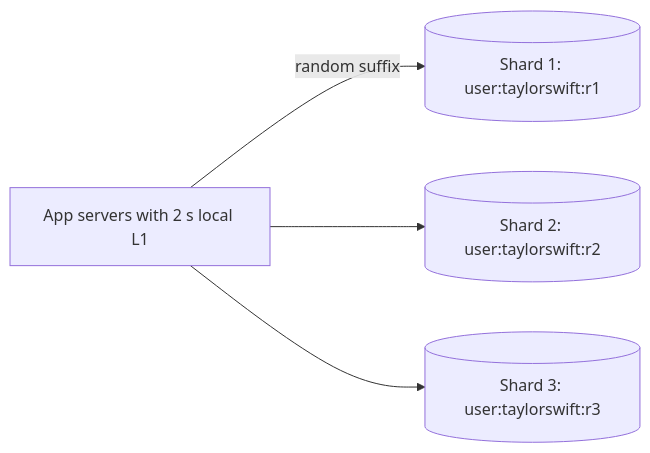
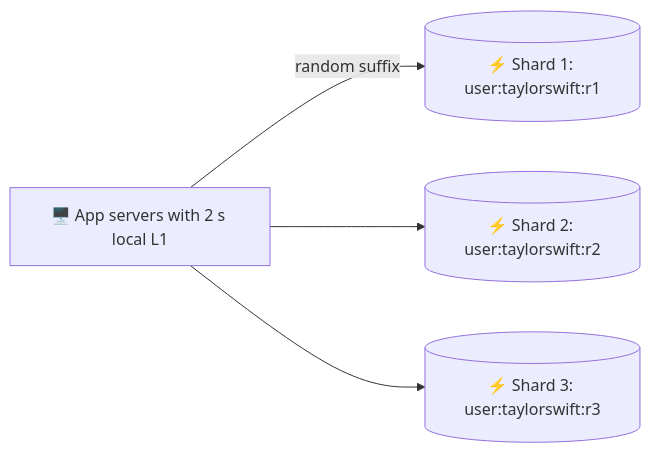
One commit to visheshkodwani/HLD changed diagram 12 of 13 in hello-interview/core-concepts/caching.md. Above: the diagram before and after it, drawn with Mermaid. The commit also changed other lines of this file and 7 other files, not shown here.

First line of the commit message:
Give HLD its own Ember theme, richer diagrams, sidebar sections

````diff
--- a/hello-interview/core-concepts/caching.md
+++ b/hello-interview/core-concepts/caching.md
@@ -483,6 +483,6 @@
 ```mermaid
 flowchart LR
-    A["App servers with 2 s local L1"] -->|"random suffix"| S1[("Shard 1: user:taylorswift:r1")]
-    A --> S2[("Shard 2: user:taylorswift:r2")]
-    A --> S3[("Shard 3: user:taylorswift:r3")]
+    A["🖥️ App servers with 2 s local L1"] -->|"random suffix"| S1[("⚡ Shard 1: user:taylorswift:r1")]
+    A --> S2[("⚡ Shard 2: user:taylorswift:r2")]
+    A --> S3[("⚡ Shard 3: user:taylorswift:r3")]
 ```
````
